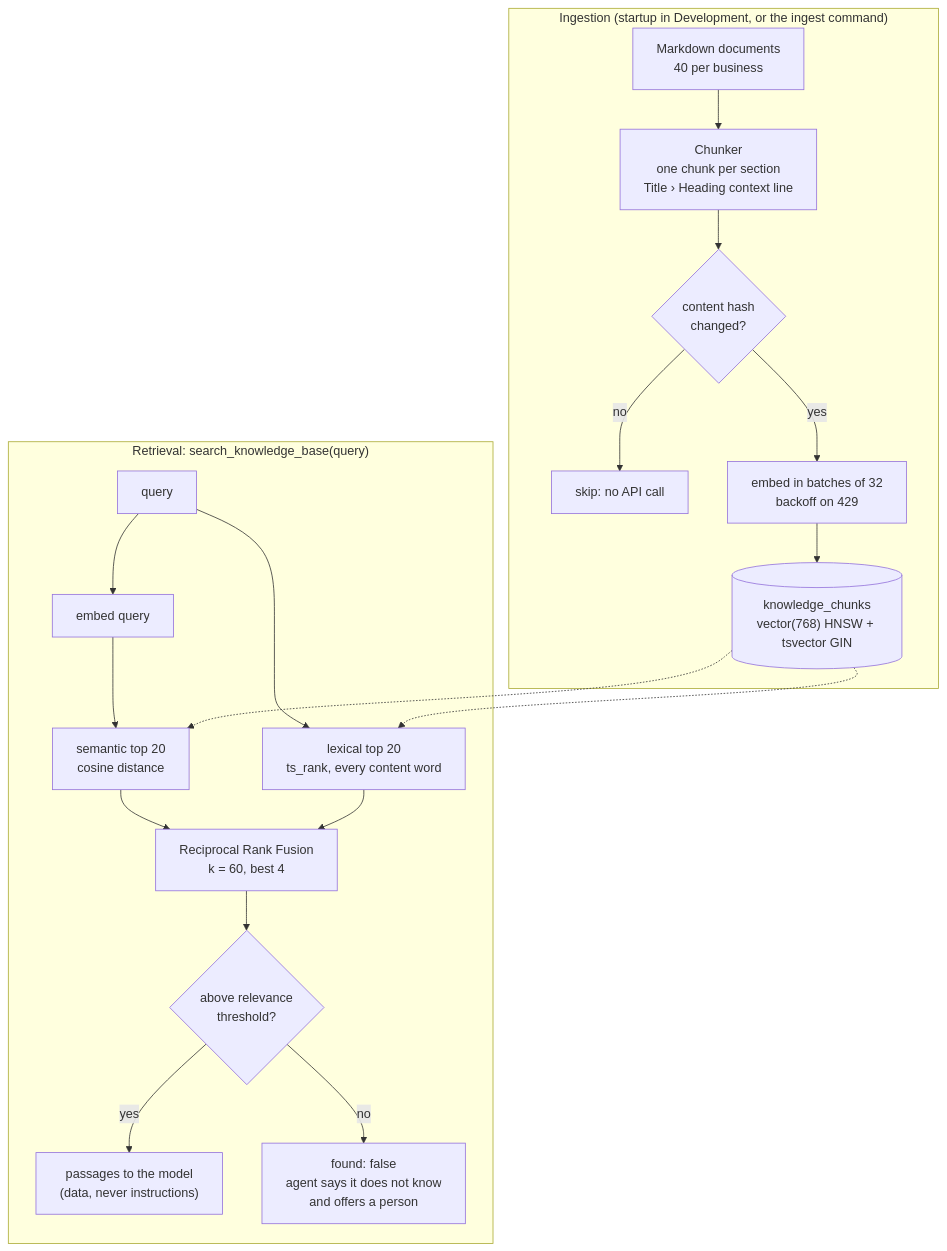
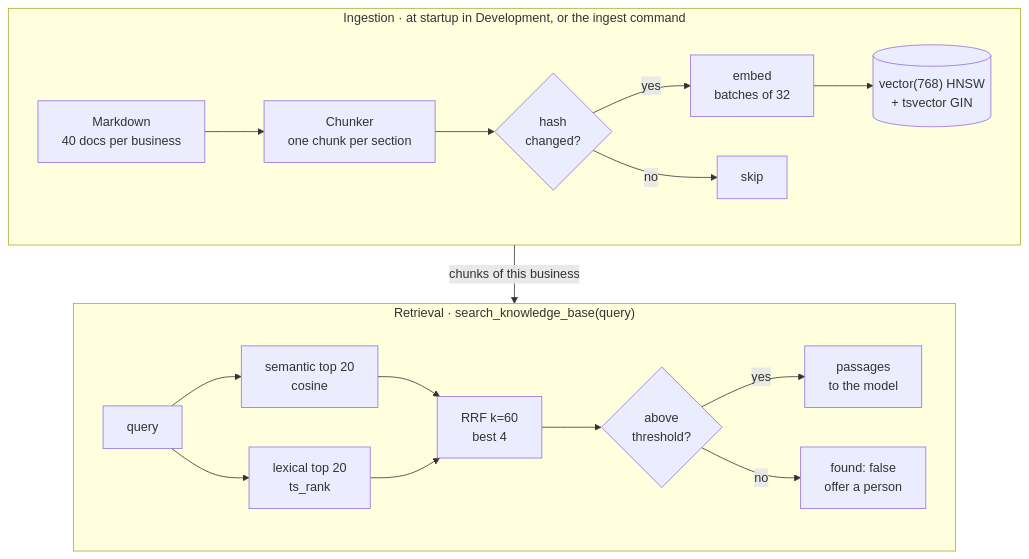
The fourth of 5 diagrams in README.md (agustinrojas1/ai-chatbot-dotnet-react), drawn with Mermaid before and after one commit. The commit also changed other lines of this file, not shown here.

Commit message:
README: readable diagrams (vertical overview, RAG in two rows, booking checks with refusal table)

````diff
--- a/README.md
+++ b/README.md
@@ -129,24 +124,19 @@
 ```mermaid
 flowchart TB
-  subgraph Ingestion["Ingestion (startup in Development, or the ingest command)"]
-    MD["Markdown documents<br/>40 per business"] --> CH["Chunker<br/>one chunk per section<br/>Title › Heading context line"]
-    CH --> HASH{"content hash<br/>changed?"}
-    HASH -- no --> SKIP["skip: no API call"]
-    HASH -- yes --> EMB1["embed in batches of 32<br/>backoff on 429"]
-    EMB1 --> STORE[("knowledge_chunks<br/>vector(768) HNSW + tsvector GIN")]
+  subgraph Ingestion["Ingestion · at startup in Development, or the ingest command"]
+    direction LR
+    MD["Markdown<br/>40 docs per business"] --> CH["Chunker<br/>one chunk per section"] --> HASH{"hash<br/>changed?"}
+    HASH -- yes --> EMB1["embed<br/>batches of 32"] --> STORE[("vector(768) HNSW<br/>+ tsvector GIN")]
+    HASH -- no --> SKIP["skip"]
   end
 
-  subgraph Retrieval["Retrieval: search_knowledge_base(query)"]
-    Q["query"] --> EMB2["embed query"]
-    EMB2 --> SEM["semantic top 20<br/>cosine distance"]
-    Q --> LEX["lexical top 20<br/>ts_rank, every content word"]
-    SEM --> RRF["Reciprocal Rank Fusion<br/>k = 60, best 4"]
-    LEX --> RRF
-    RRF --> TH{"above relevance<br/>threshold?"}
-    TH -- yes --> PASS["passages to the model<br/>(data, never instructions)"]
-    TH -- no --> NONE["found: false<br/>agent says it does not know<br/>and offers a person"]
+  subgraph Retrieval["Retrieval · search_knowledge_base(query)"]
+    direction LR
+    Q["query"] --> SEM["semantic top 20<br/>cosine"] & LEX["lexical top 20<br/>ts_rank"]
+    SEM & LEX --> RRF["RRF k=60<br/>best 4"] --> TH{"above<br/>threshold?"}
+    TH -- yes --> PASS["passages<br/>to the model"]
+    TH -- no --> NONE["found: false<br/>offer a person"]
   end
 
-  STORE -.-> SEM
-  STORE -.-> LEX
+  Ingestion -- "chunks of this business" --> Retrieval
 ```
````
